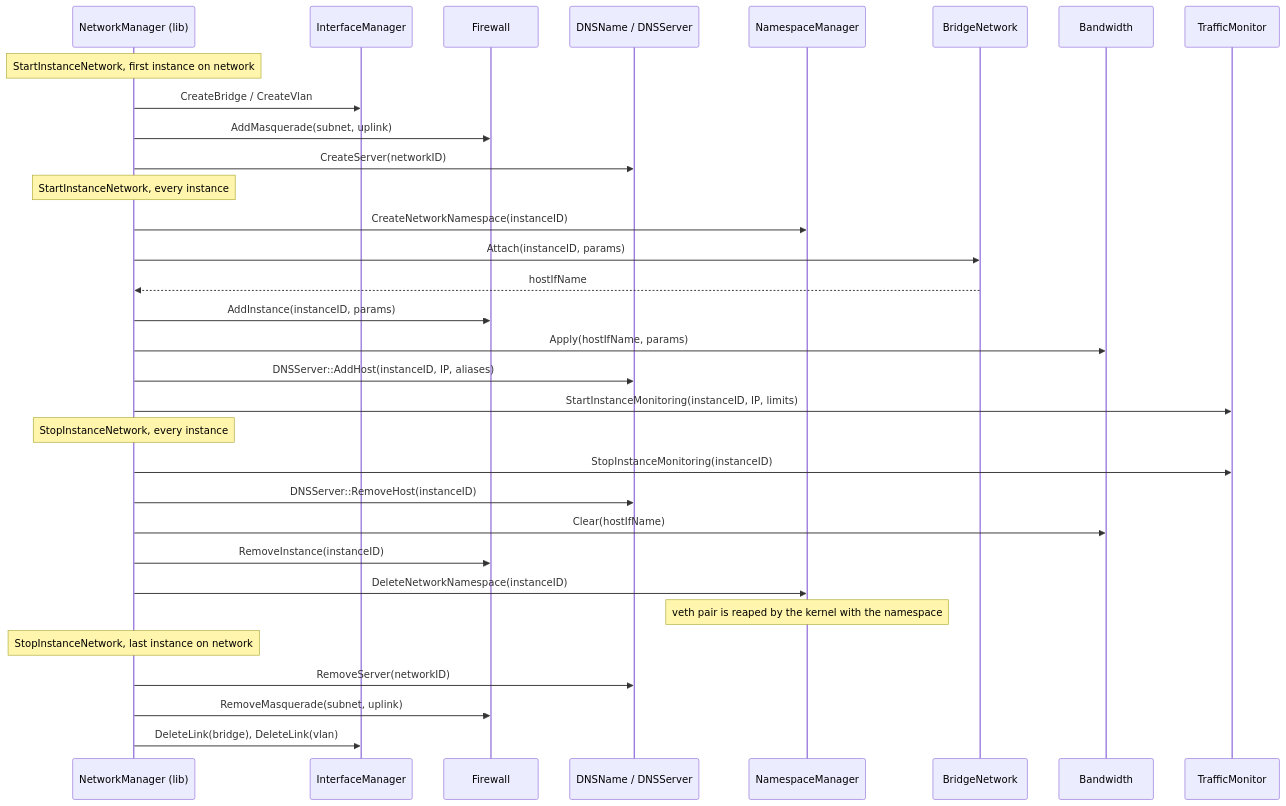
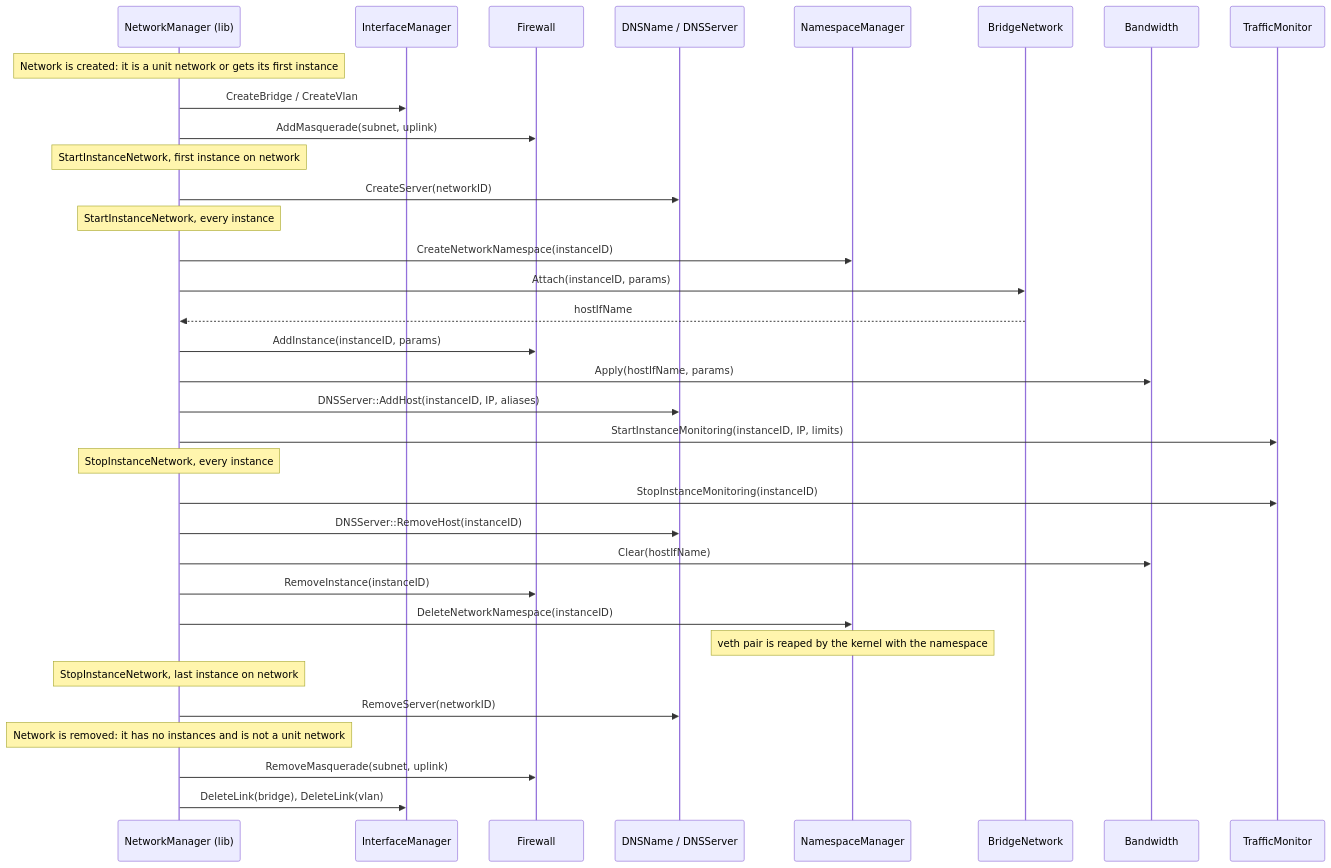
Before and after one commit to aosedge/aos_core_cpp: the second of 2 diagrams in src/sm/networkmanager/networkmanager.md, drawn with Mermaid. The commit also changed 1 other file, not shown here.

Commit message:
cm: sm: networkmanager: update documentation
The network manager documents describe the provider network as created
only on the nodes that run its instances and removed with the last
instance, which is no longer true.

Describe the set of unit networks in the CM network manager document: how
the set is built, when it is sent to the nodes, the update subscription
listener and the delayed network removal with the networkRemoveTimeout
config parameter.

Update the lifecycle diagram in the SM network manager document: the
bridge, VLAN and masquerade of the unit network are created without
instances and are removed only when the network leaves the unit networks.

````diff
--- a/src/sm/networkmanager/networkmanager.md
+++ b/src/sm/networkmanager/networkmanager.md
@@ -143,38 +143,42 @@
 ```mermaid
 sequenceDiagram
     participant NM as NetworkManager (lib)
     participant IF as InterfaceManager
     participant FW as Firewall
     participant DNS as DNSName / DNSServer
     participant NS as NamespaceManager
     participant BR as BridgeNetwork
     participant BW as Bandwidth
     participant TM as TrafficMonitor
 
-    Note over NM: StartInstanceNetwork, first instance on network
+    Note over NM: Network is created: it is a unit network or gets its first instance
     NM ->> IF: CreateBridge / CreateVlan
     NM ->> FW: AddMasquerade(subnet, uplink)
+
+    Note over NM: StartInstanceNetwork, first instance on network
     NM ->> DNS: CreateServer(networkID)
 
     Note over NM: StartInstanceNetwork, every instance
     NM ->> NS: CreateNetworkNamespace(instanceID)
     NM ->> BR: Attach(instanceID, params)
     BR -->> NM: hostIfName
     NM ->> FW: AddInstance(instanceID, params)
     NM ->> BW: Apply(hostIfName, params)
     NM ->> DNS: DNSServer::AddHost(instanceID, IP, aliases)
     NM ->> TM: StartInstanceMonitoring(instanceID, IP, limits)
 
     Note over NM: StopInstanceNetwork, every instance
     NM ->> TM: StopInstanceMonitoring(instanceID)
     NM ->> DNS: DNSServer::RemoveHost(instanceID)
     NM ->> BW: Clear(hostIfName)
     NM ->> FW: RemoveInstance(instanceID)
     NM ->> NS: DeleteNetworkNamespace(instanceID)
     Note over NS: veth pair is reaped by the kernel with the namespace
 
     Note over NM: StopInstanceNetwork, last instance on network
     NM ->> DNS: RemoveServer(networkID)
+
+    Note over NM: Network is removed: it has no instances and is not a unit network
     NM ->> FW: RemoveMasquerade(subnet, uplink)
     NM ->> IF: DeleteLink(bridge), DeleteLink(vlan)
 ```
````
